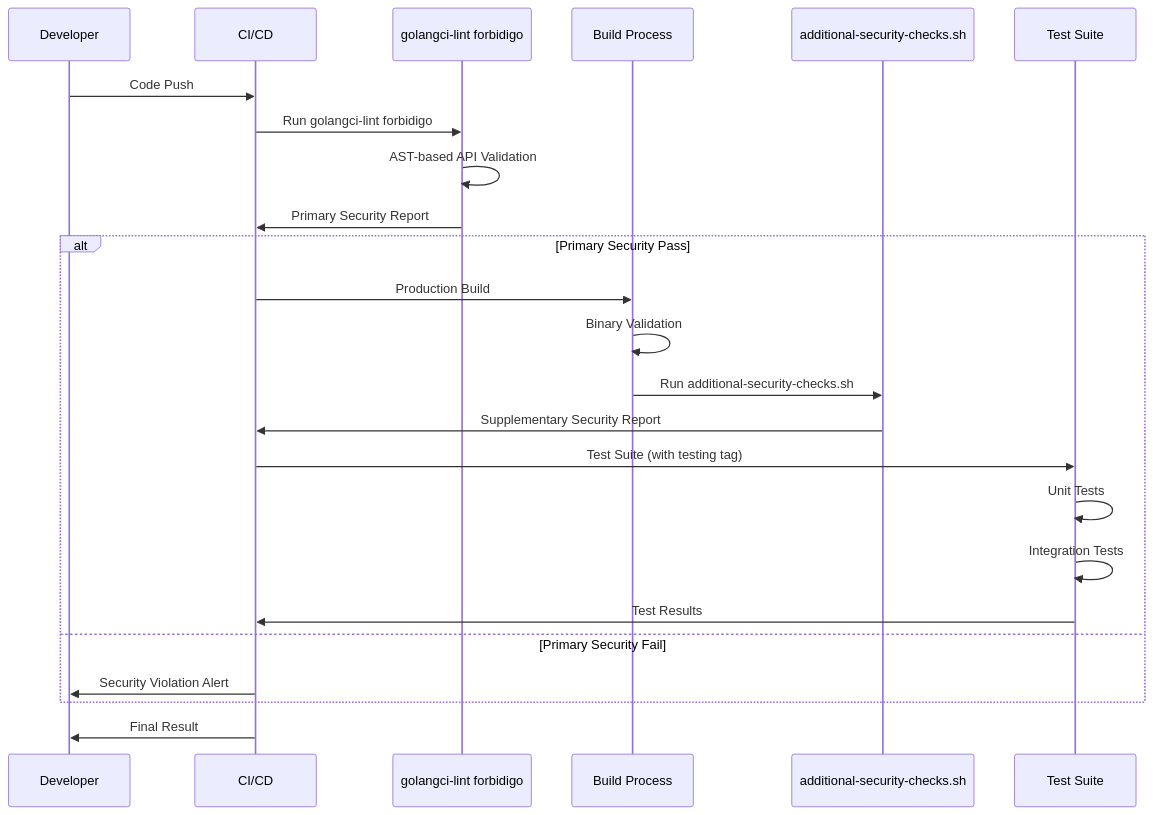
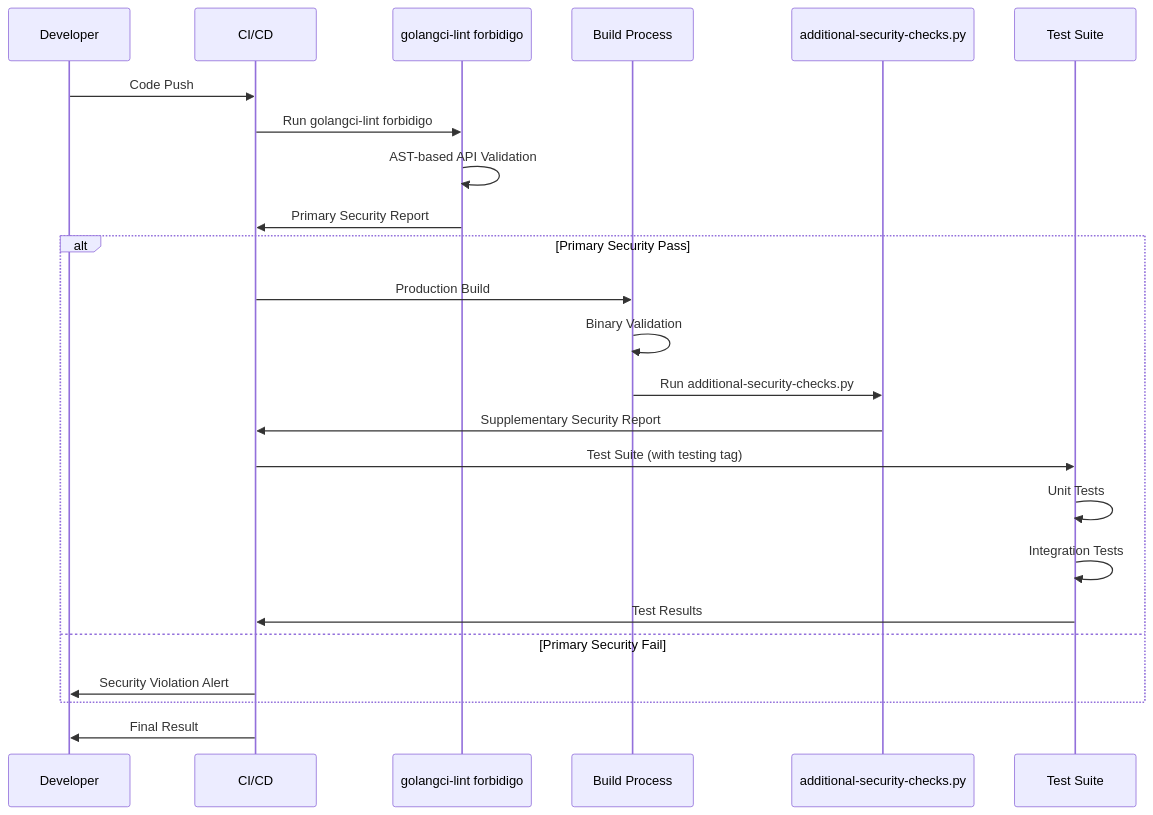
One commit to isseis/go-safe-cmd-runner changed the fourth of 4 diagrams in docs/tasks/0022_hash_directory_security_enhancement/04_implementation_plan.md. Above: the diagram before and after it, drawn with Mermaid. The commit also changed other lines of this file and 3 other files, not shown here.

Commit message:
refactor: rewrite additional-security-checks script in Python

````diff
--- a/docs/tasks/0022_hash_directory_security_enhancement/04_implementation_plan.md
+++ b/docs/tasks/0022_hash_directory_security_enhancement/04_implementation_plan.md
@@ -357,29 +357,29 @@
 ```mermaid
 sequenceDiagram
     participant Dev as Developer
     participant CI as CI/CD
     participant Security as golangci-lint forbidigo
     participant Build as Build Process
-    participant Additional as additional-security-checks.sh
+    participant Additional as additional-security-checks.py
     participant Test as Test Suite
 
     Dev->>CI: Code Push
     CI->>Security: Run golangci-lint forbidigo
     Security->>Security: AST-based API Validation
     Security->>CI: Primary Security Report
 
     alt Primary Security Pass
         CI->>Build: Production Build
         Build->>Build: Binary Validation
-        Build->>Additional: Run additional-security-checks.sh
+        Build->>Additional: Run additional-security-checks.py
         Additional->>CI: Supplementary Security Report
         CI->>Test: Test Suite (with testing tag)
         Test->>Test: Unit Tests
         Test->>Test: Integration Tests
         Test->>CI: Test Results
     else Primary Security Fail
         CI->>Dev: Security Violation Alert
     end
 
     CI->>Dev: Final Result
 ```
````
